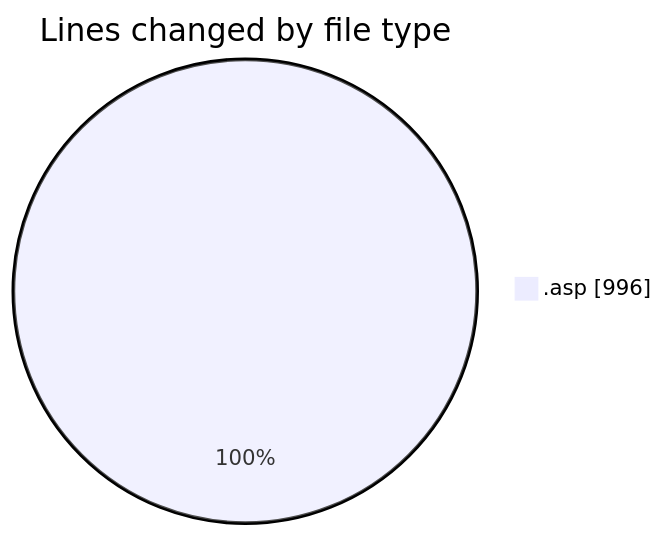
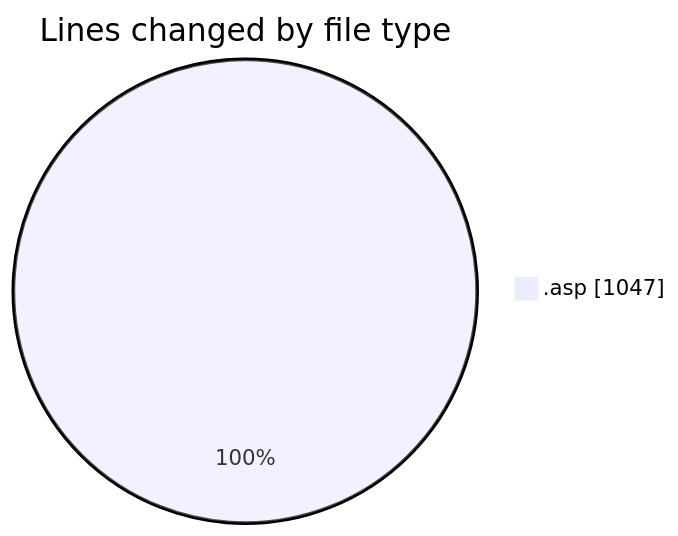
Before and after one commit to julien-gomy/code-tracking: the first of 2 diagrams in 2025-10-07/cdp_aleoudev_fr__workspace_/README.md, drawn with Mermaid. The commit also changed other lines of this file and 1 other file, not shown here.

````diff
--- a/2025-10-07/cdp_aleoudev_fr__workspace_/README.md
+++ b/2025-10-07/cdp_aleoudev_fr__workspace_/README.md
@@ -23,5 +23,5 @@
 ```mermaid
 pie showData
 title Lines changed by file type
-".asp" : 996
+".asp" : 1047
 ```
````
